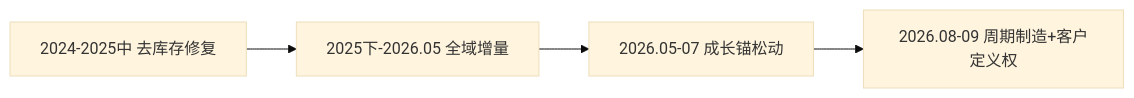
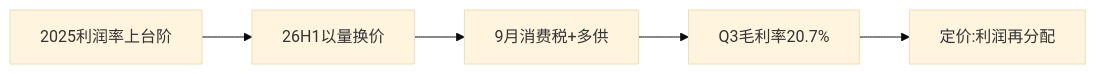
One commit to zengfancy/invest-skill changed the second of 2 diagrams in reports/300750-宁德时代/宁德时代-投研报告.md. Above: the diagram before and after it, drawn with Mermaid (base theme). The commit also changed other lines of this file and 48 other files, not shown here.

````diff
--- a/reports/300750-宁德时代/宁德时代-投研报告.md
+++ b/reports/300750-宁德时代/宁德时代-投研报告.md
@@ -219,6 +49,7 @@
 ```mermaid
 flowchart LR
-    A["2024-2025中 去库存修复"] --> B["2025下-2026.05 全域增量"]
-    B --> C["2026.05-07 成长锚松动"]
-    C --> D["2026.08-09 周期制造+客户定义权"]
+    A["2025利润率上台阶"] --> B["26H1以量换价"]
+    B --> C["9月消费税+多供"]
+    C --> D["Q3毛利率20.7%"]
+    D --> E["定价:利润再分配"]
 ```
````
